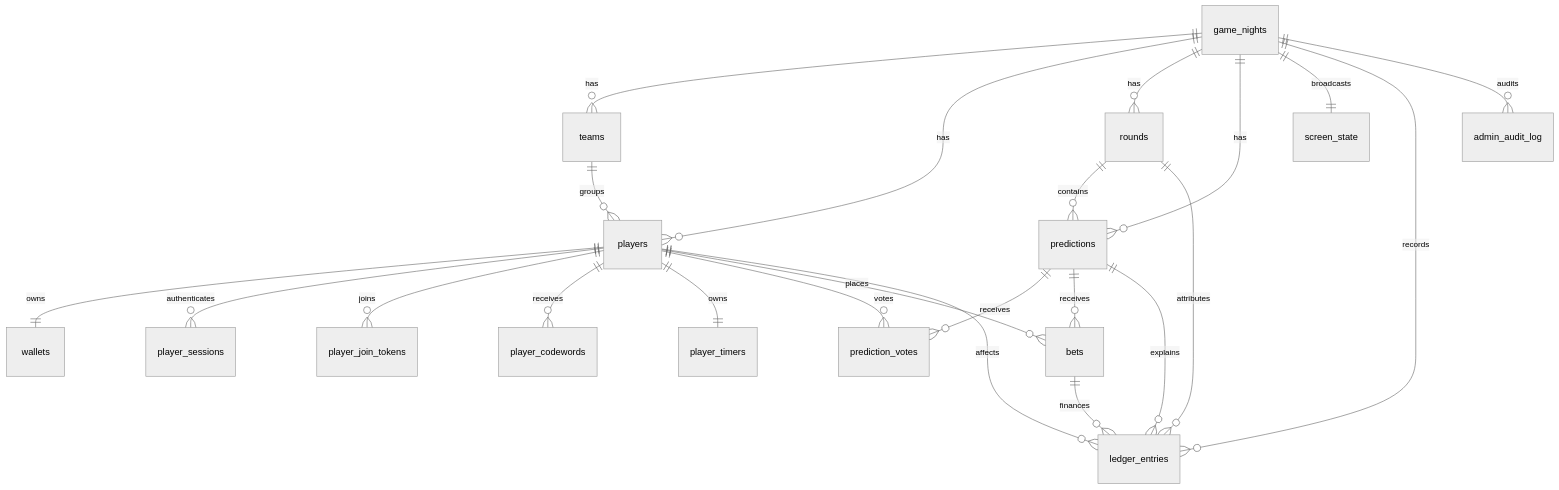
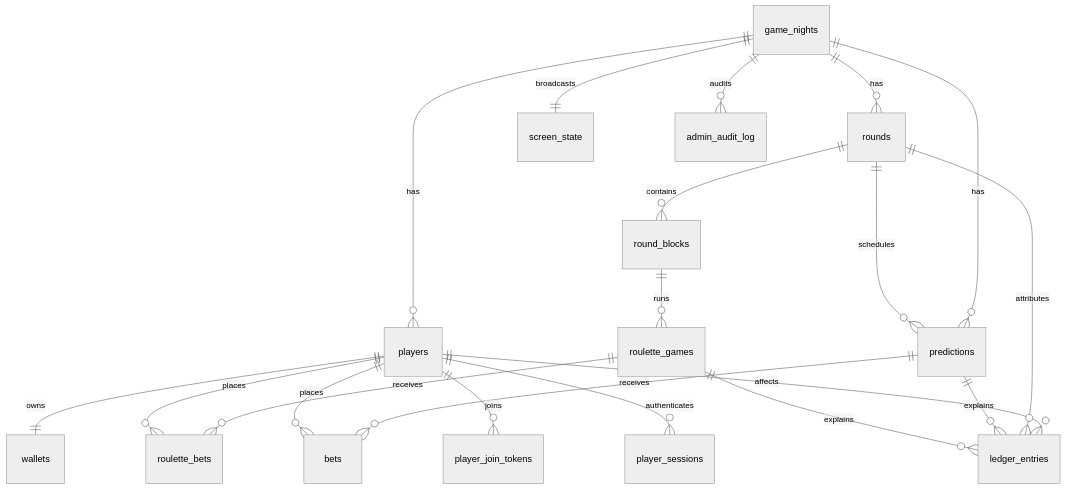
The diagram in docs/DATABASE.md (DaanHeijnen/Market-Mayhem), drawn with Mermaid (neutral theme) before and after one commit. The commit also changed other lines of this file and 20449 other files, not shown here.

````diff
--- a/docs/DATABASE.md
+++ b/docs/DATABASE.md
@@ -5,25 +5,22 @@
 ```mermaid
 erDiagram
-  game_nights ||--o{ teams : has
   game_nights ||--o{ players : has
   game_nights ||--o{ rounds : has
+  rounds ||--o{ round_blocks : contains
   game_nights ||--o{ predictions : has
+  rounds ||--o{ predictions : schedules
+  predictions ||--o{ bets : receives
+  players ||--o{ bets : places
+  round_blocks ||--o{ roulette_games : runs
+  roulette_games ||--o{ roulette_bets : receives
+  players ||--o{ roulette_bets : places
+  players ||--|| wallets : owns
+  players ||--o{ ledger_entries : affects
+  rounds ||--o{ ledger_entries : attributes
+  predictions ||--o{ ledger_entries : explains
+  roulette_games ||--o{ ledger_entries : explains
+  players ||--o{ player_join_tokens : joins
+  players ||--o{ player_sessions : authenticates
   game_nights ||--|| screen_state : broadcasts
-  game_nights ||--o{ ledger_entries : records
   game_nights ||--o{ admin_audit_log : audits
-  teams ||--o{ players : groups
-  players ||--|| wallets : owns
-  players ||--o{ player_sessions : authenticates
-  players ||--o{ player_join_tokens : joins
-  players ||--o{ player_codewords : receives
-  players ||--|| player_timers : owns
-  players ||--o{ prediction_votes : votes
-  players ||--o{ bets : places
-  players ||--o{ ledger_entries : affects
-  rounds ||--o{ predictions : contains
-  rounds ||--o{ ledger_entries : attributes
-  predictions ||--o{ prediction_votes : receives
-  predictions ||--o{ bets : receives
-  predictions ||--o{ ledger_entries : explains
-  bets ||--o{ ledger_entries : finances
 ```
````
